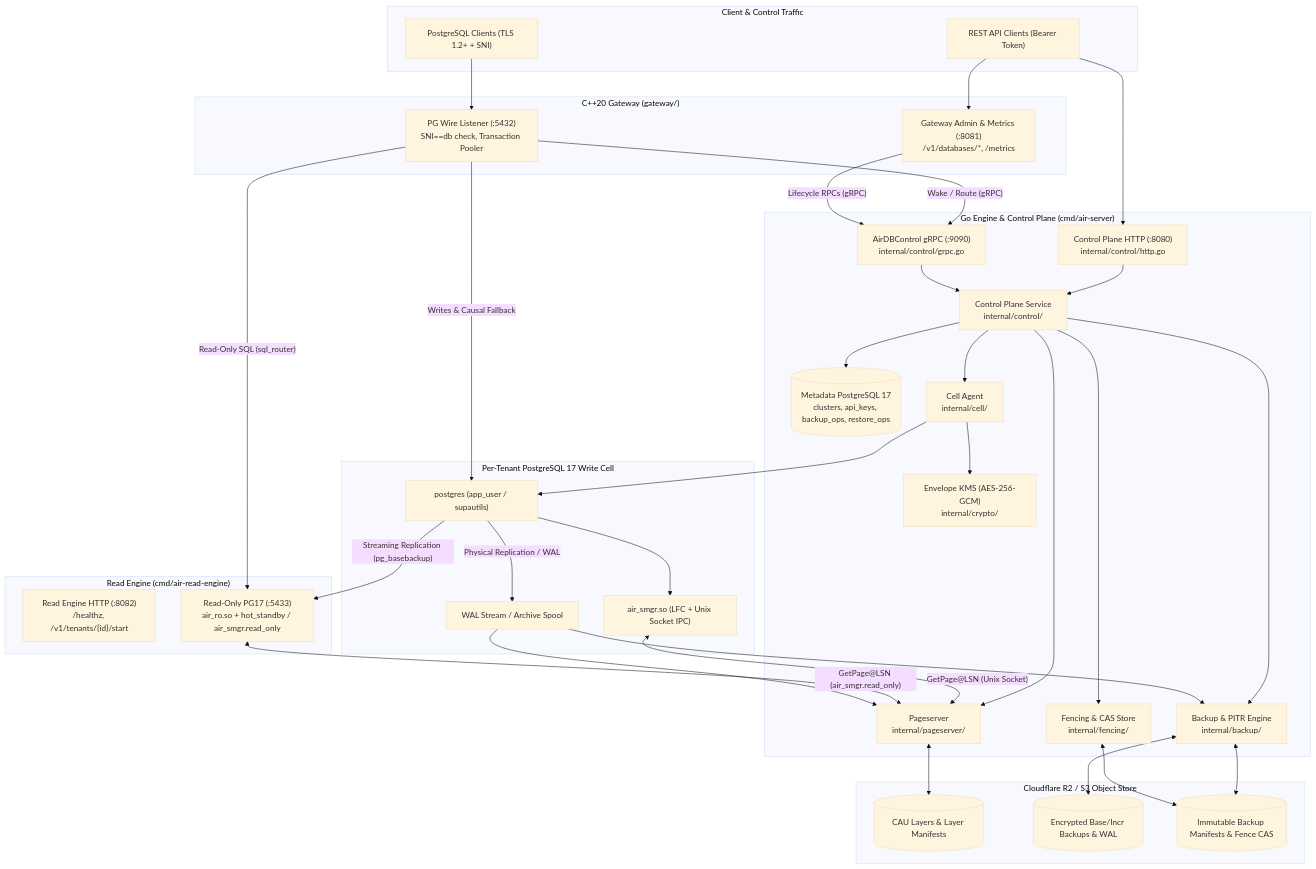
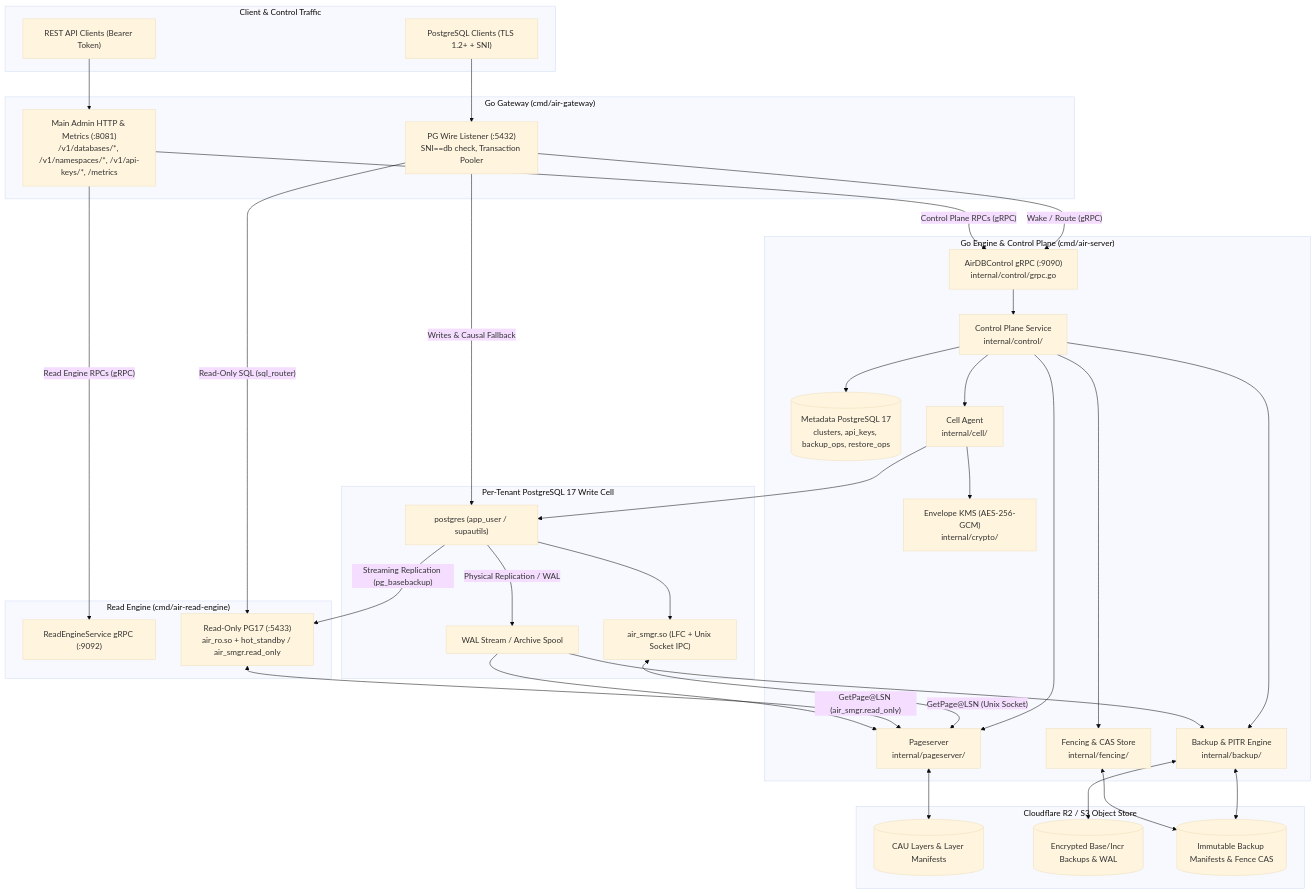
One commit to Mahadi-rsio/air changed the diagram in docs/architecture/overview.md. Above: the diagram before and after it, drawn with Mermaid (base theme). The commit also changed other lines of this file and 3 other files, not shown here.

Commit message:
Update docs for gateway-only admin HTTP API over gRPC

````diff
--- a/docs/architecture/overview.md
+++ b/docs/architecture/overview.md
@@ -25,72 +25,70 @@
 ```mermaid
 flowchart TB
     subgraph ClientLayer["Client & Control Traffic"]
         PSQL["PostgreSQL Clients (TLS 1.2+ + SNI)"]
         HTTPClient["REST API Clients (Bearer Token)"]
     end
 
-    subgraph GatewayProcess["C++20 Gateway (gateway/)"]
+    subgraph GatewayProcess["Go Gateway (cmd/air-gateway)"]
         GWWire["PG Wire Listener (:5432)<br/>SNI==db check, Transaction Pooler"]
-        GWAdmin["Gateway Admin & Metrics (:8081)<br/>/v1/databases/*, /metrics"]
+        GWAdmin["Main Admin HTTP & Metrics (:8081)<br/>/v1/databases/*, /v1/namespaces/*, /v1/api-keys/*, /metrics"]
     end
 
     subgraph ServerProcess["Go Engine & Control Plane (cmd/air-server)"]
-        HTTPAPI["Control Plane HTTP (:8080)<br/>internal/control/http.go"]
         GRPCAPI["AirDBControl gRPC (:9090)<br/>internal/control/grpc.go"]
         Ctrl["Control Plane Service<br/>internal/control/"]
         MetaPG[("Metadata PostgreSQL 17<br/>clusters, api_keys, backup_ops, restore_ops")]
         Cell["Cell Agent<br/>internal/cell/"]
         PS["Pageserver<br/>internal/pageserver/"]
         Bkp["Backup & PITR Engine<br/>internal/backup/"]
         Fence["Fencing & CAS Store<br/>internal/fencing/"]
         KMS["Envelope KMS (AES-256-GCM)<br/>internal/crypto/"]
     end
 
     subgraph ReadEngineProcess["Read Engine (cmd/air-read-engine)"]
-        REHTTP["Read Engine HTTP (:8082)<br/>/healthz, /v1/tenants/{id}/start"]
+        REGRPC["ReadEngineService gRPC (:9092)"]
         PGRO["Read-Only PG17 (:5433)<br/>air_ro.so + hot_standby / air_smgr.read_only"]
     end
 
     subgraph TenantCompute["Per-Tenant PostgreSQL 17 Write Cell"]
         PG17["postgres (app_user / supautils)"]
         SMGR["air_smgr.so (LFC + Unix Socket IPC)"]
         WALRecv["WAL Stream / Archive Spool"]
     end
 
     subgraph ObjectStorage["Cloudflare R2 / S3 Object Store"]
         R2CAU[("CAU Layers & Layer Manifests")]
         R2Bkp[("Encrypted Base/Incr Backups & WAL")]
         R2Manifest[("Immutable Backup Manifests & Fence CAS")]
     end
 
     PSQL --> GWWire
-    HTTPClient --> HTTPAPI
     HTTPClient --> GWAdmin
     GWWire -->|"Wake / Route (gRPC)"| GRPCAPI
-    GWAdmin -->|"Lifecycle RPCs (gRPC)"| GRPCAPI
+    GWAdmin -->|"Control Plane RPCs (gRPC)"| GRPCAPI
+    GWAdmin -->|"Read Engine RPCs (gRPC)"| REGRPC
     GWWire -->|"Writes & Causal Fallback"| PG17
     GWWire -->|"Read-Only SQL (sql_router)"| PGRO
 
-    HTTPAPI --> Ctrl
     GRPCAPI --> Ctrl
     Ctrl --> MetaPG
     Ctrl --> Cell
     Ctrl --> PS
     Ctrl --> Bkp
     Ctrl --> Fence
 
     Cell --> PG17
     Cell --> KMS
     PG17 --> SMGR
     PG17 -->|"Streaming Replication (pg_basebackup)"| PGRO
     SMGR <-->|"GetPage@LSN (Unix Socket)"| PS
     PGRO <-->|"GetPage@LSN (air_smgr.read_only)"| PS
     PG17 -->|"Physical Replication / WAL"| WALRecv
     WALRecv --> PS
     WALRecv --> Bkp
 
     PS <--> R2CAU
     Bkp <--> R2Bkp
     Bkp <--> R2Manifest
     Fence <--> R2Manifest
 ```
````
